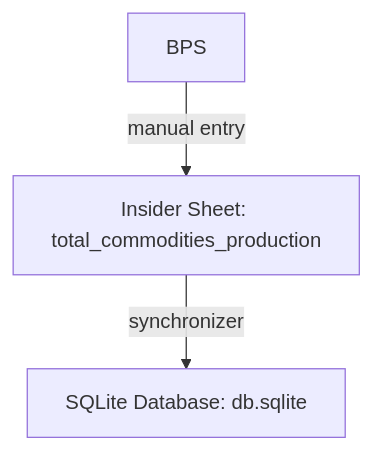
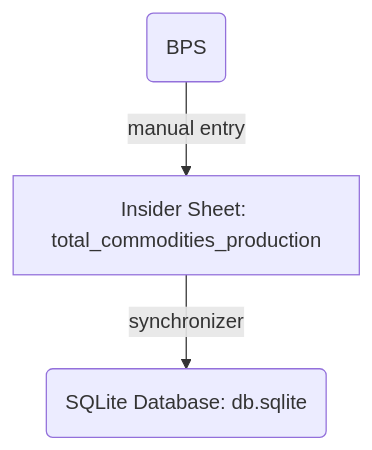
One commit to supertypeai/coalresearch changed the diagram in README.md. Above: the diagram before and after it, drawn with Mermaid. The commit also changed other lines of this file and 4 other files, not shown here.

````diff
--- a/README.md
+++ b/README.md
@@ -275,9 +276,9 @@
 ```mermaid
 graph TD
-  A[BPS] -->|manual entry| B[Insider Sheet: total_commodities_production]
-  B -->|synchronizer| C[SQLite Database: db.sqlite]
+  A(BPS) -->|manual entry| B[Insider Sheet: total_commodities_production]
+  B -->|synchronizer| C(SQLite Database: db.sqlite)
 
   %% Add clickable links to each node
   click A "https://www.bps.go.id/en/statistics-table/2/NTA4IzI=/production-of-minerals-mining.html" _blank
   click B "https://docs.google.com/spreadsheets/d/19wfJ2fc9qKeR22dMIO2rEQLkit8E4bGsHA1u0USqTQk/edit?gid=1364183975#gid=1364183975" _blank
 ```
````
